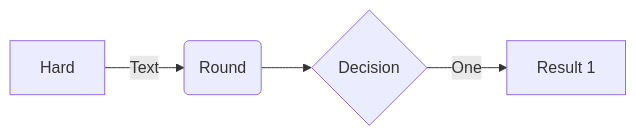
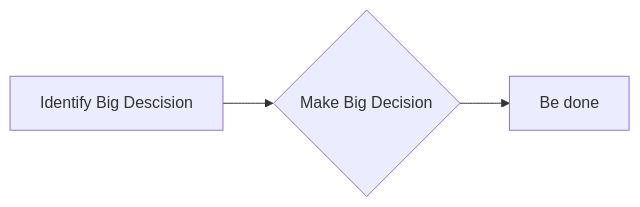
Before and after one commit to mermaid-js/mermaid: the second of 11 diagrams in docs/config/accessibility.md, drawn with Mermaid. The commit also changed other lines of this file and 2 other files, not shown here.

Commit message:
doc: revise A11y: fix multi-line ex, +describedby, alpha sort examples

````diff
--- a/docs/config/accessibility.md
+++ b/docs/config/accessibility.md
@@ -81,14 +141,11 @@
 ```mermaid
-   graph LR
-      accTitle: Big decisions
-
+  graph LR
+      accTitle: Bob's Burger's Making Big Decisions
       accDescr {
-        My multi-line description
-        of the diagram
-      }
-
-      A[Hard] -->|Text| B(Round)
-      B --> C{Decision}
-      C -->|One| D[Result 1]
-
+        The official Bob's Burgers corporate processes that are used
+        for making very, very big decisions.
+        This is actually a very simple flow: identify the big decision and then make the big decision.
+         }
+      A[Identify Big Descision] --> B{Make Big Decision}
+      B --> D[Be done]
 ```
````
